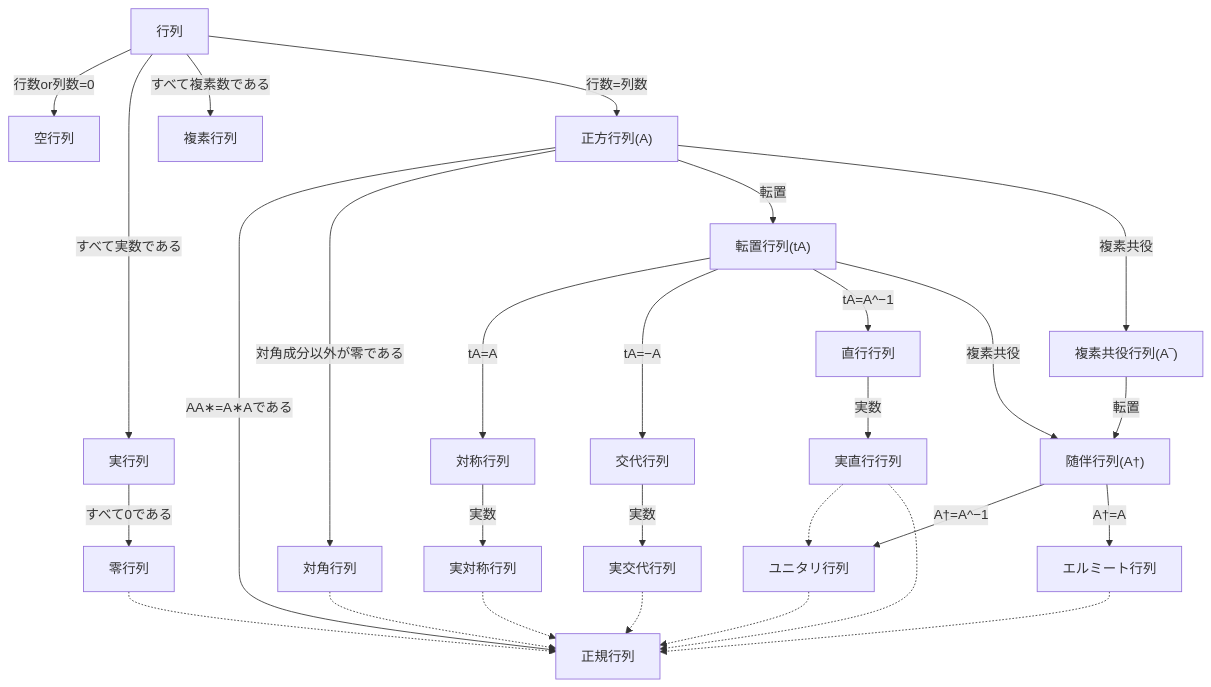
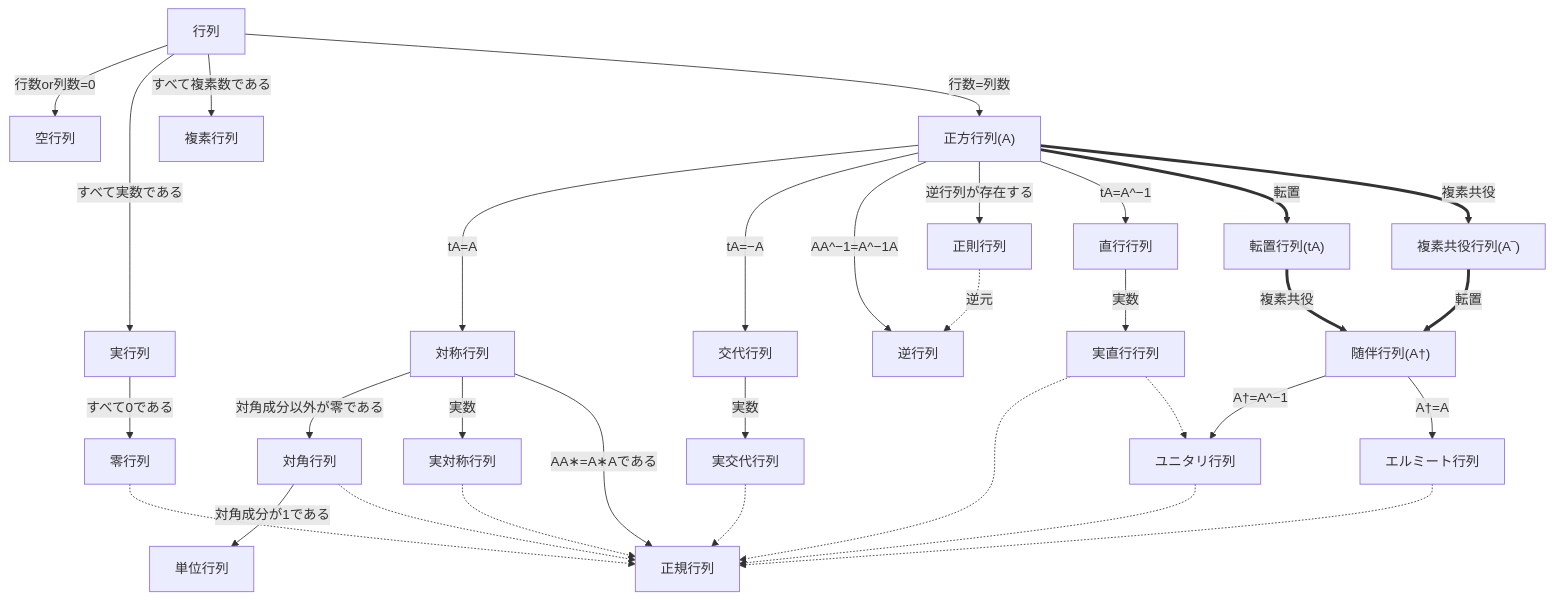
Before and after one commit to GOAMI-Takaaki/physics: the diagram in Matrix.md, drawn with Mermaid. The commit also changed other lines of this file, not shown here.

Commit message:
Add matrix details

````diff
--- a/Matrix.md
+++ b/Matrix.md
@@ -6,64 +6,72 @@
 ```mermaid
 flowchart TD
     matrix["行列"]
     empty["空行列"]
     real["実行列"]
     zero["零行列"]
     complex["複素行列"]
 
     square["正方行列(A)"]
 
-    diagonal["対角行列"]
-
     symmetric["対称行列"]
     realSymmetric["実対称行列"]
+
+    diagonal["対角行列"]
+    identity["単位行列"]
 
     antiSymmetric["交代行列"]
     realAntiSymmetric["実交代行列"]
 
+    regular["正則行列"]
+    inverse["逆行列"]
+
     orthogonal["直行行列"]
     realOrthogonal["実直行行列"]
-
     transpose["転置行列(tA)"]
     complexConjugate["複素共役行列(A‾)"]
+
     adjoint["随伴行列(A†)"]
     normal["正規行列"]
     hermitian["エルミート行列"]
     unitary["ユニタリ行列"]
 
     matrix --"行数or列数=0"--> empty
     matrix --"すべて実数である"--> real
     real --"すべて0である"--> zero
     matrix --"すべて複素数である"--> complex
     matrix --"行数=列数"--> square
-    square --"AA∗=A∗Aである"--> normal
-    square --"対角成分以外が零である"--> diagonal
 
-    square --転置--> transpose
-    transpose --"tA=A"--> symmetric
+    square --"tA=A"--> symmetric
+    symmetric --"対角成分以外が零である"--> diagonal
     symmetric --"実数"--> realSymmetric
+    symmetric --"AA∗=A∗Aである"--> normal
 
-    transpose --"tA=−A"--> antiSymmetric
+    diagonal --"対角成分が1である"--> identity
+
+    square --"tA=−A"--> antiSymmetric
     antiSymmetric --"実数"--> realAntiSymmetric
 
-    transpose --"tA=A^−1"--> orthogonal
+    square --"AA^−1=A^−1A"--> inverse
+    square --"逆行列が存在する"--> regular
+    regular -."逆元".-> inverse
+
+    square --"tA=A^−1"--> orthogonal
     orthogonal --"実数"--> realOrthogonal
 
-    square --複素共役--> complexConjugate
-    transpose --複素共役--> adjoint
-    complexConjugate --転置--> adjoint
+    square ==転置==> transpose
+    square ==複素共役==> complexConjugate
+    transpose ==複素共役==> adjoint
+    complexConjugate ==転置==> adjoint
 
-
-    adjoint --"A†=A^−1"--> unitary
-    realOrthogonal -.-> unitary
     unitary -.-> normal
-
-    adjoint --"A†=A"--> hermitian
-
     zero -.-> normal
     realSymmetric -.-> normal
     realAntiSymmetric -.-> normal
     realOrthogonal -.-> normal
     diagonal -.-> normal
     hermitian -.-> normal
+
+    realOrthogonal -.-> unitary
+    adjoint --"A†=A^−1"--> unitary
+    adjoint --"A†=A"--> hermitian
 ```
````
